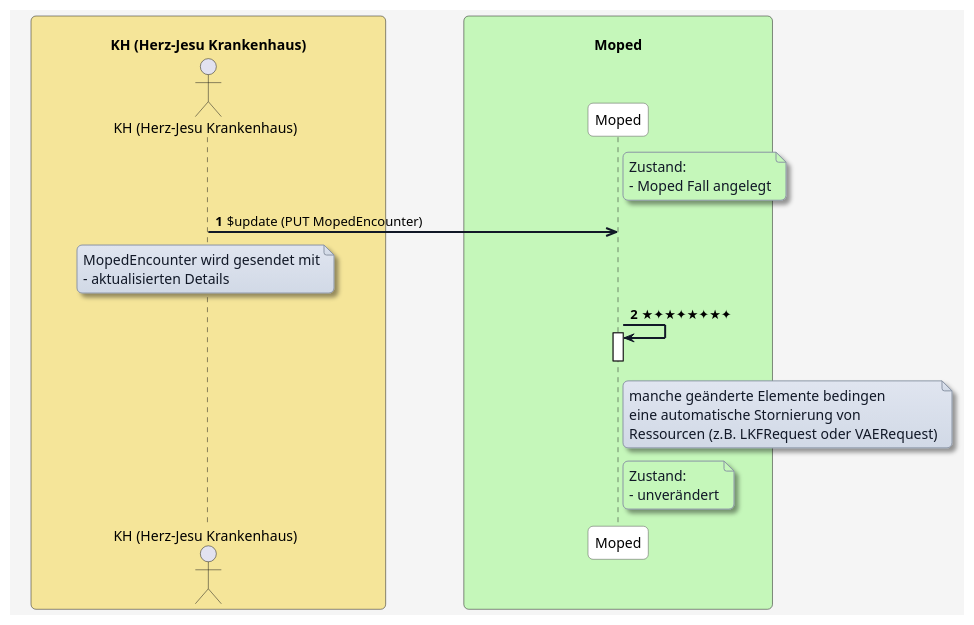
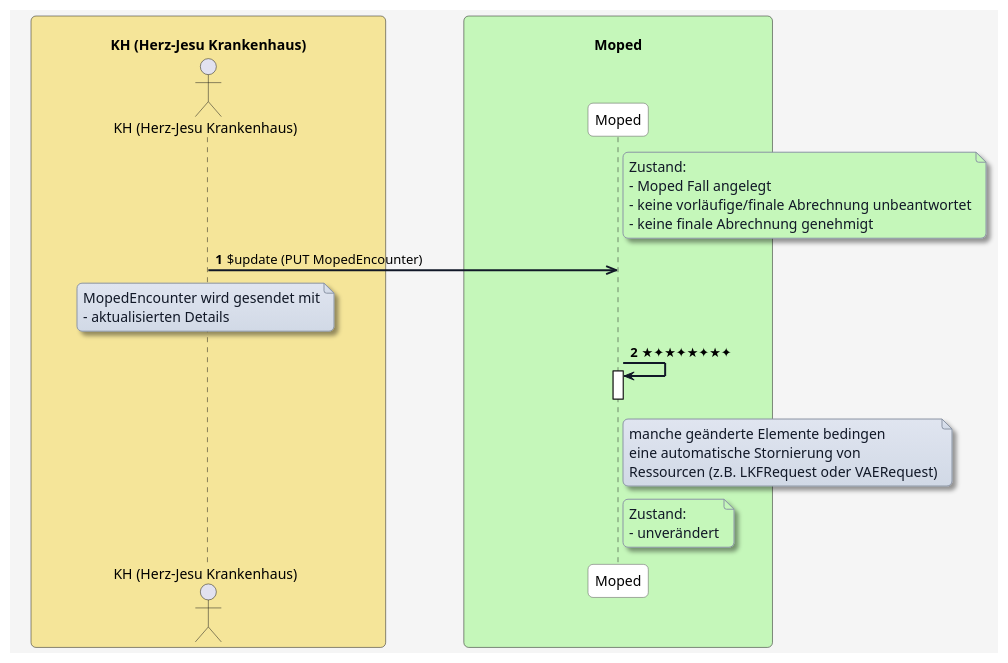
One commit to HL7Austria/ELGA-MOPED-R5 changed the diagram in plantuml/moped-fall-patientenversorgung/update-aktualisierter-fall.plantuml. Above: the diagram before and after it, drawn with PlantUML. The commit also changed 35 other files, not shown here.

```diff
--- a/plantuml/moped-fall-patientenversorgung/update-aktualisierter-fall.plantuml
+++ b/plantuml/moped-fall-patientenversorgung/update-aktualisierter-fall.plantuml
@@ -1,80 +1,82 @@
 @startuml
 skinparam borderColor #000000
 skinparam backgroundColor #f5f5f5
 skinparam shadowing false
 skinparam roundCorner 10
 skinparam defaultFontName "Arial"
 skinparam defaultFontSize 14
 skinparam defaultFontColor #000000
 
 skinparam note {
   BackgroundColor #e0e5f0-#d1d9e6
   BorderColor #8b95a5
   BorderThickness 1
   RoundCorner 8
   Padding 6
   FontColor #111827
   Shadowing true
 }
 
 skinparam HyperlinkColor #0000EE
 skinparam HyperlinkUnderline false
 
 skinparam sequence {
   ParticipantBorderColor #555555
   ParticipantBackgroundColor #ffffff
   ParticipantFontColor #000000
   ParticipantFontSize 14
   ParticipantPadding 20
   ArrowColor #111827
   ArrowThickness 2
   ArrowFontColor #000000
   ArrowFontSize 13
   GroupBorderColor #111827
   GroupBackgroundColor #f3f4f6
   GroupBorderThickness 1
 }
 
 skinparam BoxPadding 20
 skinparam BoxBorderColor #555555
 
 box "\n                     KH (Herz-Jesu Krankenhaus)                     " #f5e599
   actor KH as "KH (Herz-Jesu Krankenhaus)"
 end box
 
 box "\n                                   Moped                                   " #c5f7ba
   participant MP as "Moped"
 end box
 
 
 autonumber
 
 note right of MP #c5f7ba
 Zustand:
 - Moped Fall angelegt
+- keine vorläufige/finale Abrechnung unbeantwortet
+- keine finale Abrechnung genehmigt
 end note
 
 KH ->> MP: $update (PUT MopedEncounter)
 
 note over KH
 MopedEncounter wird gesendet mit
 - aktualisierten Details
 end note
 
 MP -> MP: ★✦★✦★✦★✦
 activate MP
 deactivate MP
 
 note right of MP
 manche geänderte Elemente bedingen 
 eine automatische Stornierung von
 Ressourcen (z.B. LKFRequest oder VAERequest)
 end note
 
 
 note right of MP #c5f7ba
 Zustand:
 - unverändert
 end note
 
 @enduml
```
